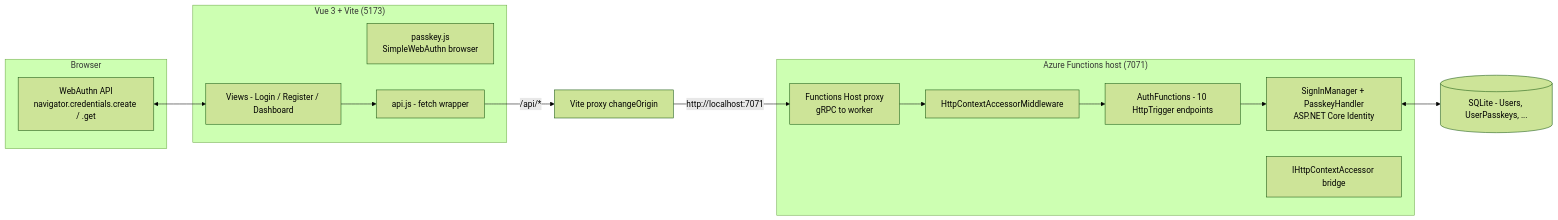
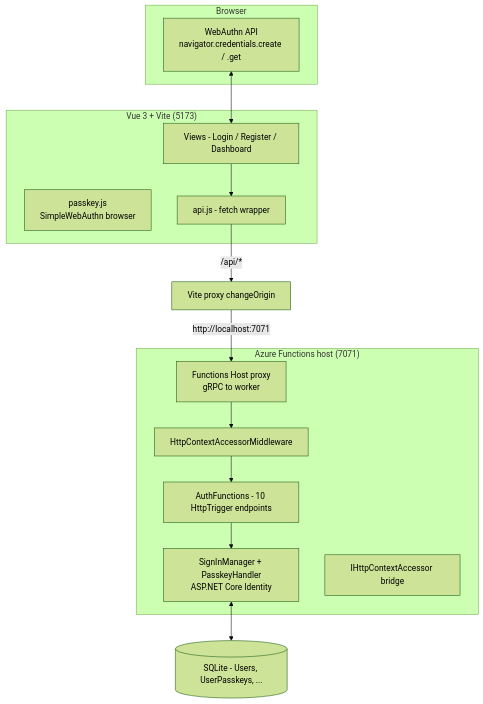
Before and after one commit to KenjiOhtsuka/passkey_exmaple_cs_and_vue: the first of 2 diagrams in docs/architecture.md, drawn with Mermaid (forest theme).

Commit message:
Update architecture diagram syntax for Mermaid

````diff
--- a/docs/architecture.md
+++ b/docs/architecture.md
@@ -8,25 +8,25 @@
 ```mermaid
-flowchart LR
+flowchart
     subgraph Browser["Browser"]
         U["WebAuthn API<br/>navigator.credentials.create / .get"]
     end
     subgraph Frontend["Vue 3 + Vite (5173)"]
         V["Views - Login / Register / Dashboard"]
         P["passkey.js<br/>SimpleWebAuthn browser"]
         A["api.js - fetch wrapper"]
     end
     subgraph Functions["Azure Functions host (7071)"]
         RT["Functions Host proxy<br/>gRPC to worker"]
         MW["HttpContextAccessorMiddleware"]
         FN["AuthFunctions - 10 HttpTrigger endpoints"]
         SM["SignInManager + PasskeyHandler<br/>ASP.NET Core Identity"]
         MAC["IHttpContextAccessor bridge"]
     end
     DB[("SQLite - Users, UserPasskeys, ...")]
 
     U <--> V
     V --> A
     A -->|"/api/*"| ViteProxy["Vite proxy changeOrigin"]
     ViteProxy -->|"http://localhost:7071"| RT
     RT --> MW --> FN --> SM <--> DB
 ```
````
